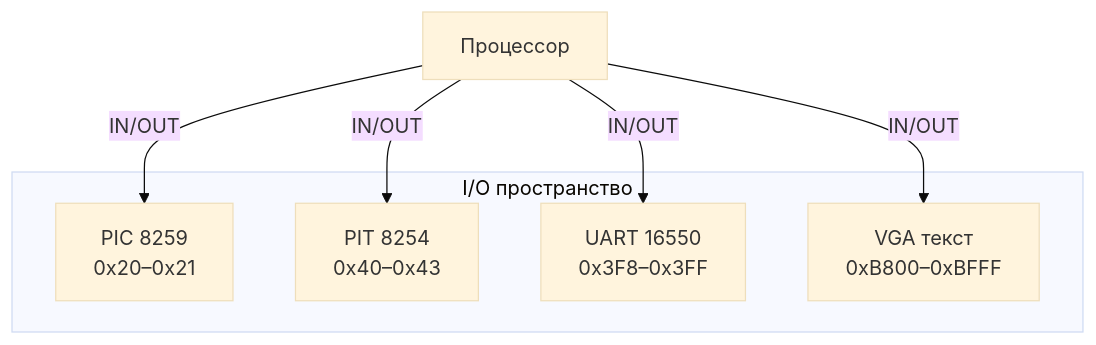
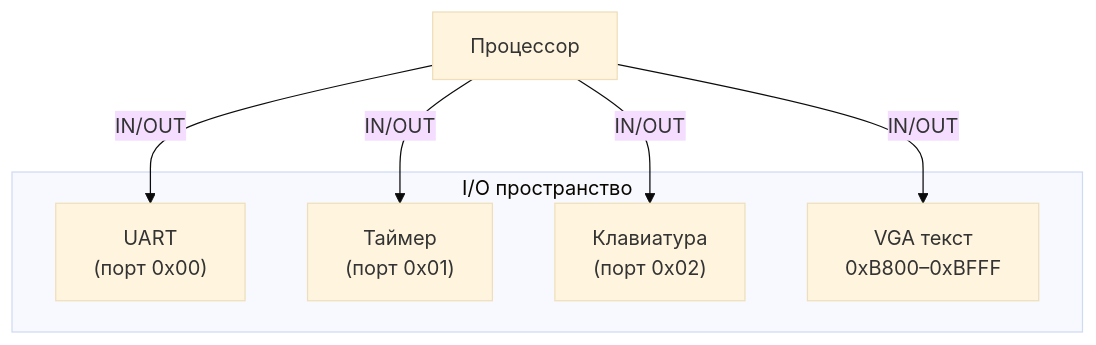
The fourth of 4 diagrams in docs/ru/architecture/overview.md (MinecAnton209/NovumOS-16bit), drawn with Mermaid (base theme) before and after one commit. The commit also changed other lines of this file and 30 other files, not shown here.

First line of the commit message:
feat: simple UART at port 0x00, kernel shell, remove PIC/PIT/UART16550, update docs

````diff
--- a/docs/ru/architecture/overview.md
+++ b/docs/ru/architecture/overview.md
@@ -184,16 +184,16 @@
 ```mermaid
 graph TD
     CPU["Процессор"]
     
     subgraph "I/O пространство"
-        PIC["PIC 8259\n0x20–0x21"]
-        PIT["PIT 8254\n0x40–0x43"]
-        UART["UART 16550\n0x3F8–0x3FF"]
+        UART["UART\n(порт 0x00)"]
+        TIMER["Таймер\n(порт 0x01)"]
+        KBD["Клавиатура\n(порт 0x02)"]
         VGA["VGA текст\n0xB800–0xBFFF"]
     end
 
-    CPU -->|IN/OUT| PIC
-    CPU -->|IN/OUT| PIT
     CPU -->|IN/OUT| UART
+    CPU -->|IN/OUT| TIMER
+    CPU -->|IN/OUT| KBD
     CPU -->|IN/OUT| VGA
 ```
````
